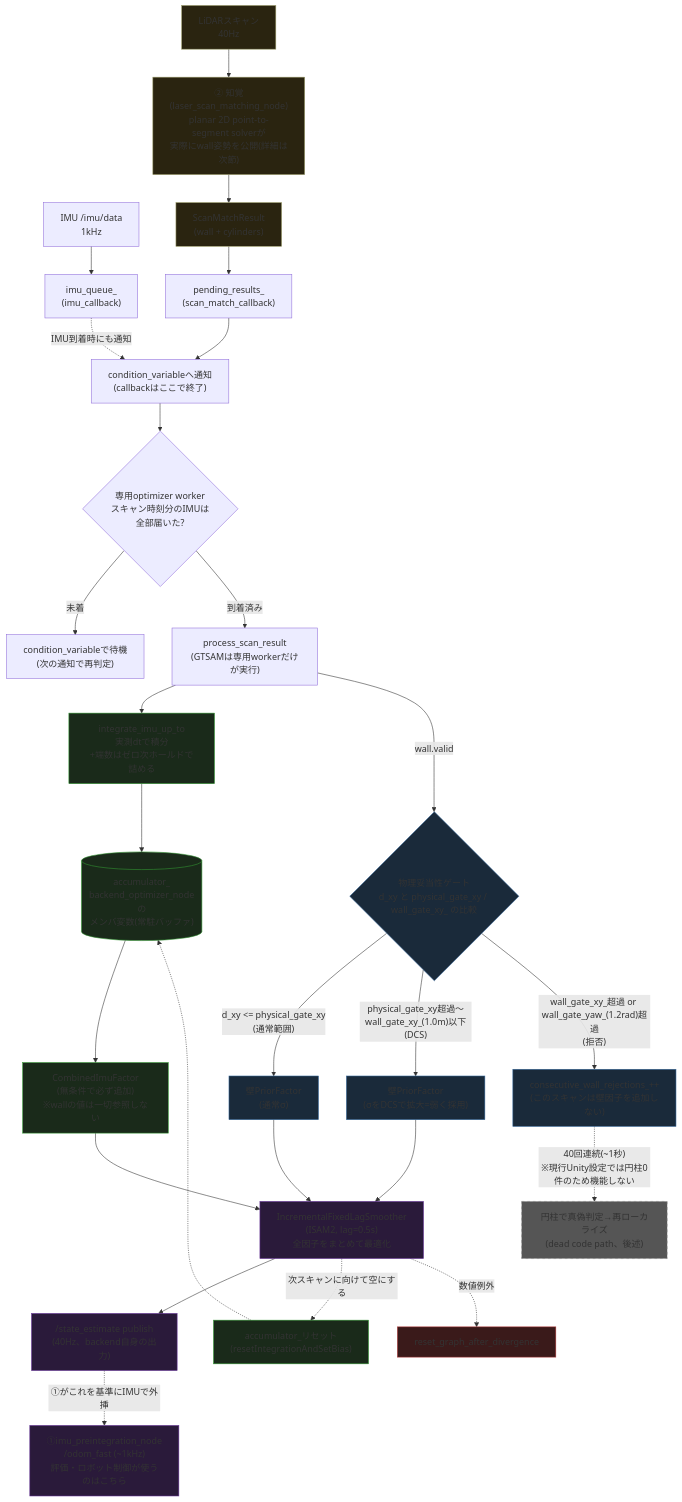
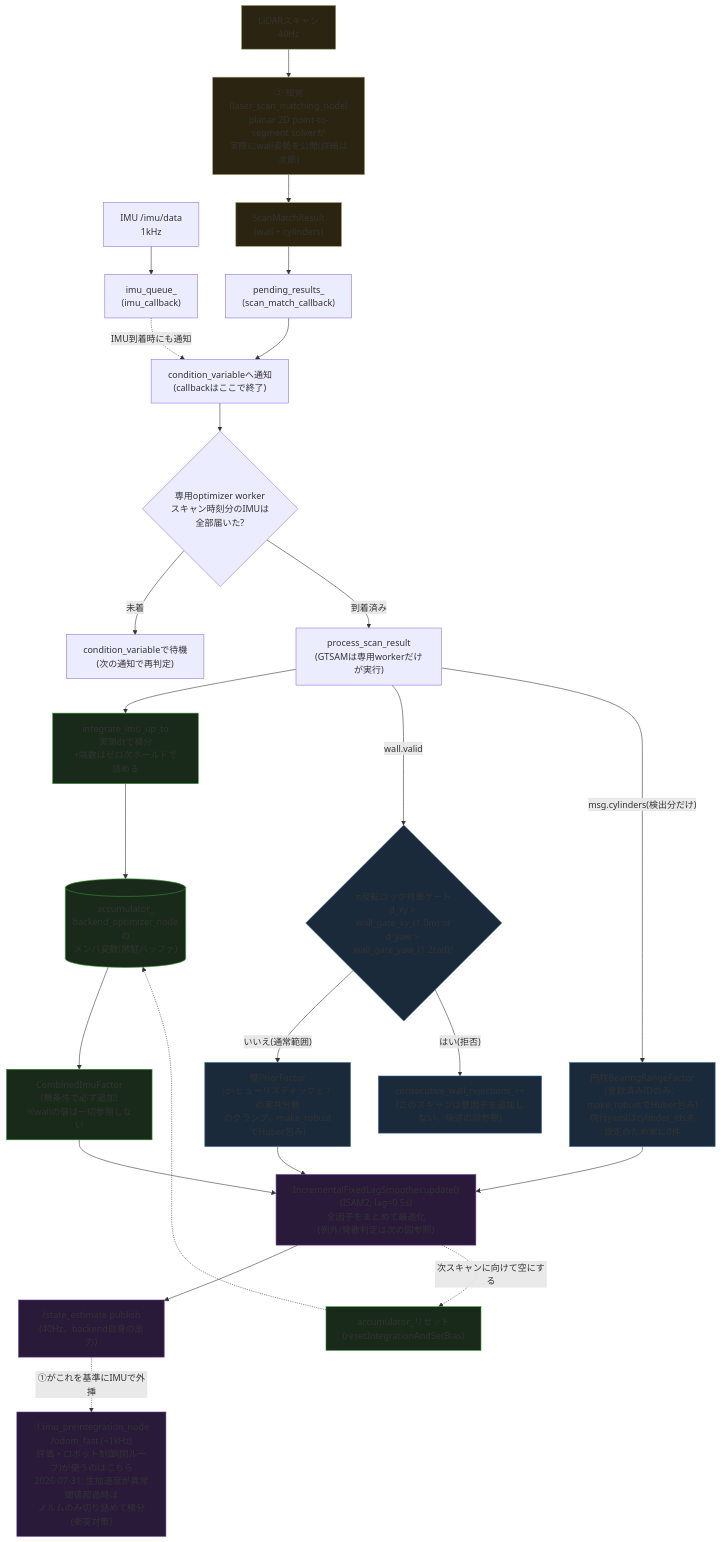
Before and after one commit to YUKICHI6105/lio_localization_sim: the second of 3 diagrams in docs/requirements/backend_estimator_architecture_2026-07-28.md, drawn with Mermaid. The commit also changed other lines of this file and 1468 other files, not shown here.

````diff
--- a/docs/requirements/backend_estimator_architecture_2026-07-28.md
+++ b/docs/requirements/backend_estimator_architecture_2026-07-28.md
@@ -52,53 +61,49 @@
 ```mermaid
 flowchart TD
     IMU["IMU /imu/data<br/>1kHz"] --> QUEUE["imu_queue_<br/>(imu_callback)"]
     SCAN["LiDARスキャン<br/>40Hz"] --> PERCEPTION["② 知覚(laser_scan_matching_node)<br/>planar 2D point-to-segment solverが<br/>実際にwall姿勢を公開(詳細は次節)"]
     PERCEPTION --> SMR["ScanMatchResult<br/>(wall + cylinders)"]
 
     SMR --> PEND["pending_results_<br/>(scan_match_callback)"]
     PEND --> EVENT["condition_variableへ通知<br/>(callbackはここで終了)"]
     QUEUE -.->|"IMU到着時にも通知"| EVENT
     EVENT --> DRAIN{"専用optimizer worker<br/>スキャン時刻分のIMUは<br/>全部届いた?"}
     DRAIN -->|"未着"| WAIT["condition_variableで待機<br/>(次の通知で再判定)"]
     DRAIN -->|"到着済み"| PROCESS["process_scan_result<br/>(GTSAMは専用workerだけが実行)"]
 
     PROCESS --> INTEGRATE["integrate_imu_up_to<br/>実測dtで積分<br/>+端数はゼロ次ホールドで詰める"]
     INTEGRATE --> ACCUMULATOR[("accumulator_<br/>backend_optimizer_nodeの<br/>メンバ変数(常駐バッファ)")]
     ACCUMULATOR --> IMUFACTOR["CombinedImuFactor<br/>(無条件で必ず追加)<br/>※wallの値は一切参照しない"]
 
-    PROCESS -->|"wall.valid"| WALLGATE{"物理妥当性ゲート<br/>d_xy と physical_gate_xy / wall_gate_xy_ の比較"}
-    WALLGATE -->|"d_xy <= physical_gate_xy<br/>(通常範囲)"| WALLFACTOR["壁PriorFactor<br/>(通常σ)"]
-    WALLGATE -->|"physical_gate_xy超過〜wall_gate_xy_(1.0m)以下<br/>(DCS)"| DCSFACTOR["壁PriorFactor<br/>(σをDCSで拡大=弱く採用)"]
-    WALLGATE -->|"wall_gate_xy_超過 or wall_gate_yaw_(1.2rad)超過<br/>(拒否)"| REJECT["consecutive_wall_rejections_++<br/>(このスキャンは壁因子を追加しない)"]
+    PROCESS -->|"wall.valid"| WALLGATE{"π反転ロック対策ゲート<br/>d_xy > wall_gate_xy_(1.0m) or<br/>d_yaw > wall_gate_yaw_(1.2rad)?"}
+    WALLGATE -->|"いいえ(通常範囲)"| WALLFACTOR["壁PriorFactor<br/>(σ=ヒューリスティックと②の実共分散<br/>のクランプ、make_robustでHuber包み)"]
+    WALLGATE -->|"はい(拒否)"| REJECT["consecutive_wall_rejections_++<br/>(このスキャンは壁因子を追加しない、後述の図参照)"]
 
-    IMUFACTOR --> ISAM2["IncrementalFixedLagSmoother<br/>(ISAM2, lag=0.5s)<br/>全因子をまとめて最適化"]
+    PROCESS -->|"msg.cylinders(検出分だけ)"| CYLFACTOR["円柱BearingRangeFactor<br/>(登録済みIDのみ、make_robustでHuber包み)<br/>現行yamlはcylinder_ids未設定のため常に0件"]
+
+    IMUFACTOR --> ISAM2["IncrementalFixedLagSmoother.update()<br/>(ISAM2, lag=0.5s)<br/>全因子をまとめて最適化<br/>(例外/発散判定は次の図参照)"]
     WALLFACTOR --> ISAM2
-    DCSFACTOR --> ISAM2
+    CYLFACTOR --> ISAM2
 
     ISAM2 --> ESTIMATE["/state_estimate publish<br/>(40Hz、backend自身の出力)"]
-    ESTIMATE -.->|"①がこれを基準にIMUで外挿"| ODOMFAST["①imu_preintegration_node<br/>/odom_fast (~1kHz)<br/>評価・ロボット制御が使うのはこちら"]
+    ESTIMATE -.->|"①がこれを基準にIMUで外挿"| ODOMFAST["①imu_preintegration_node<br/>/odom_fast (~1kHz)<br/>評価・ロボット制御(閉ループ)が使うのはこちら<br/>2026-07-31: 生加速度が異常閾値超過時は<br/>ノルムのみ切り詰めて積分(衝突対策)"]
     ISAM2 -.->|"次スキャンに向けて空にする"| RESETACC["accumulator_リセット<br/>(resetIntegrationAndSetBias)"]
     RESETACC -.-> ACCUMULATOR
-    ISAM2 -.->|"数値例外"| DIVERGE["reset_graph_after_divergence"]
-    REJECT -.->|"40回連続(~1秒)<br/>※現行Unity設定では円柱0件のため機能しない"| RELOC["円柱で真偽判定→再ローカライズ<br/>(dead code path、後述)"]
     style SCAN fill:#2a2410,stroke:#996
     style PERCEPTION fill:#2a2410,stroke:#996
     style SMR fill:#2a2410,stroke:#996
 
     style INTEGRATE fill:#1a2a1a,stroke:#393
     style ACCUMULATOR fill:#1a2a1a,stroke:#393
     style IMUFACTOR fill:#1a2a1a,stroke:#393
     style RESETACC fill:#1a2a1a,stroke:#393
 
     style WALLGATE fill:#1a2a3a,stroke:#369
     style WALLFACTOR fill:#1a2a3a,stroke:#369
-    style DCSFACTOR fill:#1a2a3a,stroke:#369
     style REJECT fill:#1a2a3a,stroke:#369
+    style CYLFACTOR fill:#1a2a3a,stroke:#369
 
     style ISAM2 fill:#2a1a3a,stroke:#639
     style ESTIMATE fill:#2a1a3a,stroke:#639
     style ODOMFAST fill:#2a1a3a,stroke:#639
-
-    style DIVERGE fill:#3a1a1a,stroke:#a33
-    style RELOC fill:#555,stroke:#888,stroke-dasharray: 5 5
 ```
````
